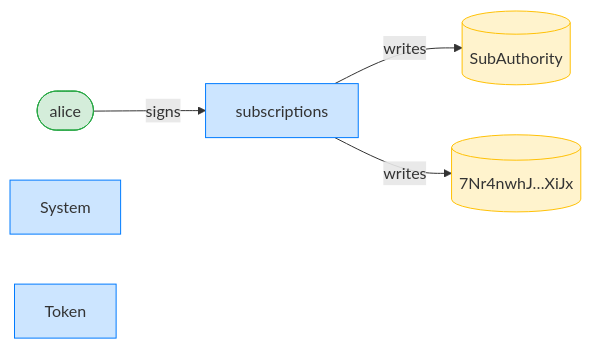
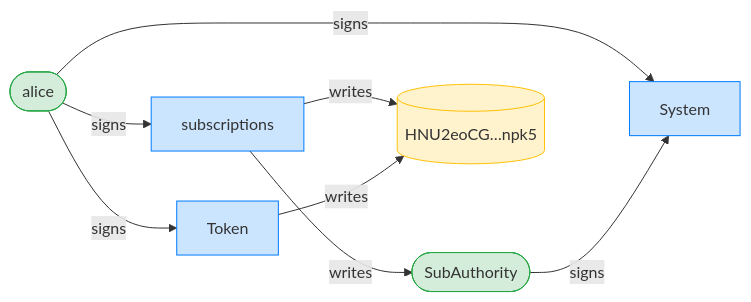
Before and after one commit to cds-rs/subscriptions: the third of 12 diagrams in dsl_tests/recurring-delegation-rejects-a-different-mint-transfer.md, drawn with Mermaid. The commit also changed other lines of this file and 224 other files, not shown here.

````diff
--- a/dsl_tests/recurring-delegation-rejects-a-different-mint-transfer.md
+++ b/dsl_tests/recurring-delegation-rejects-a-different-mint-transfer.md
@@ -55,15 +56,19 @@
 ```mermaid
 flowchart LR
     classDef signer fill:#d4edda,stroke:#28a745;
     classDef program fill:#cce5ff,stroke:#007bff;
     classDef writable fill:#fff3cd,stroke:#ffc107;
     subscriptions[subscriptions]:::program
     alice([alice]):::signer
-    SubAuthority[(SubAuthority)]:::writable
-    7Nr4nwhJ_XiJx[("7Nr4nwhJ…XiJx")]:::writable
+    SubAuthority([SubAuthority]):::signer
+    HNU2eoCG_npk5[("HNU2eoCG…npk5")]:::writable
     System[System]:::program
     Token[Token]:::program
     alice -->|signs| subscriptions
+    alice -->|signs| System
+    SubAuthority -->|signs| System
+    alice -->|signs| Token
     subscriptions -->|writes| SubAuthority
-    subscriptions -->|writes| 7Nr4nwhJ_XiJx
+    subscriptions -->|writes| HNU2eoCG_npk5
+    Token -->|writes| HNU2eoCG_npk5
 ```
````
